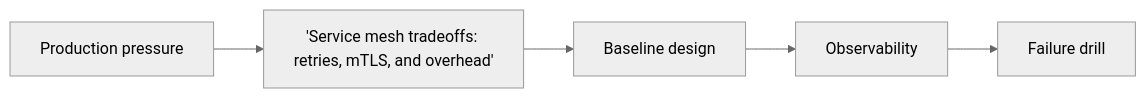
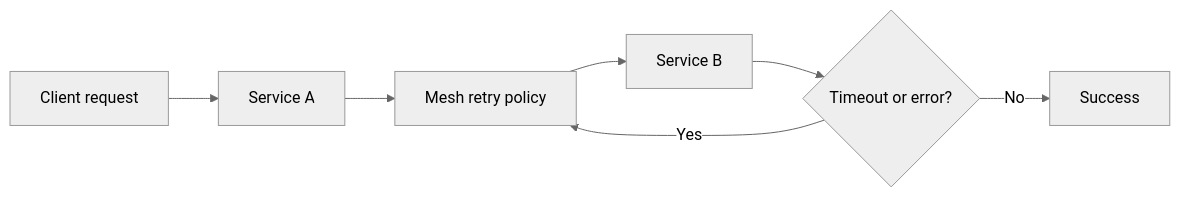
The diagram in _posts/2026-09-06-k8s-service-mesh-retries-mtls-overhead-part-1.md (sandeepbhardwaj/sandeepbhardwaj.github.io), drawn with Mermaid (neutral theme) before and after one commit. The commit also changed other lines of this file and 40 other files, not shown here.

````diff
--- a/_posts/2026-09-06-k8s-service-mesh-retries-mtls-overhead-part-1.md
+++ b/_posts/2026-09-06-k8s-service-mesh-retries-mtls-overhead-part-1.md
@@ -57,7 +79,9 @@
 ```mermaid
 flowchart LR
-    A[Production pressure] --> B['Service mesh tradeoffs: retries, mTLS, and overhead']
-    B --> C[Baseline design]
-    C --> D[Observability]
-    D --> E[Failure drill]
+    A[Client request] --> B[Service A]
+    B --> C[Mesh retry policy]
+    C --> D[Service B]
+    D --> E{Timeout or error?}
+    E -->|Yes| C
+    E -->|No| F[Success]
 ```
````
